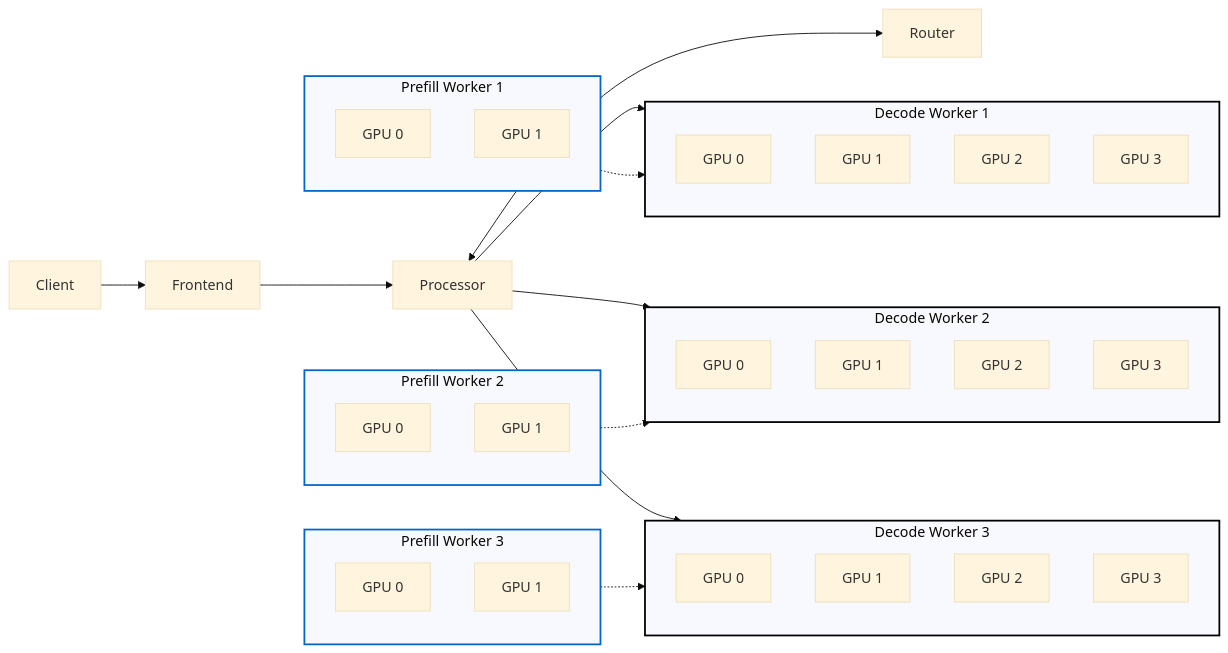
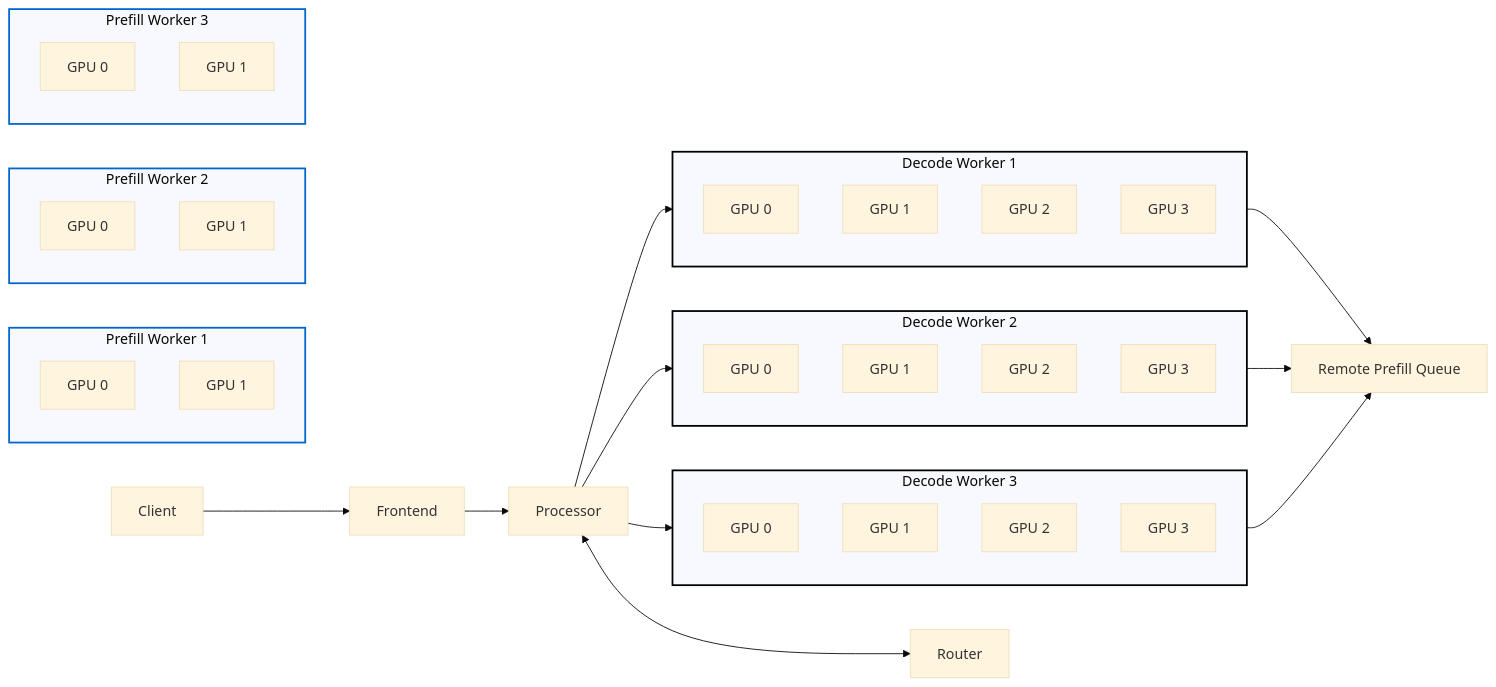
One commit to ai-dynamo/enhancements changed the diagram in deps/NNNN-fault-tolerance.md. Above: the diagram before and after it, drawn with Mermaid (base theme).

````diff
--- a/deps/NNNN-fault-tolerance.md
+++ b/deps/NNNN-fault-tolerance.md
@@ -237,71 +237,78 @@
 ```mermaid
 graph LR
     Client["Client"]
     Frontend["Frontend"]
     Router["Router"]
 	Processor["Processor"]
-	
+	PrefillQueue["Remote Prefill Queue"]
+
+
     Client --> Frontend
 	Frontend --> Processor
 	Processor <--> Router
+	
 	
     %% Multiple Prefill Workers (each with 2 GPUs)
    
 
     subgraph Prefill1["Prefill Worker 1"]
         direction TB
         P1GPU0["GPU 0"]
         P1GPU1["GPU 1"]
     end
     subgraph Prefill2["Prefill Worker 2"]
         direction TB
         P2GPU0["GPU 0"]
         P2GPU1["GPU 1"]
     end
     subgraph Prefill3["Prefill Worker 3"]
         direction TB
         P3GPU0["GPU 0"]
         P3GPU1["GPU 1"]
     end
 
     %% Multiple Decode Workers (each with 4 GPUs)
     Processor --> Decode1
     Processor --> Decode2
     Processor --> Decode3
 
     subgraph Decode1["Decode Worker 1"]
         direction TB
         D1GPU0["GPU 0"]
         D1GPU1["GPU 1"]
         D1GPU2["GPU 2"]
         D1GPU3["GPU 3"]
     end
     subgraph Decode2["Decode Worker 2"]
         direction TB
         D2GPU0["GPU 0"]
         D2GPU1["GPU 1"]
         D2GPU2["GPU 2"]
         D2GPU3["GPU 3"]
     end
     subgraph Decode3["Decode Worker 3"]
         direction TB
         D3GPU0["GPU 0"]
         D3GPU1["GPU 1"]
         D3GPU2["GPU 2"]
         D3GPU3["GPU 3"]
     end
 
+	Decode1 --> PrefillQueue
+    Decode2 --> PrefillQueue
+    Decode3 --> PrefillQueue
+
     %% Prefill and Decode workers can communicate (dashed lines)
-    Prefill1 -.-> Decode1
-    Prefill2 -.-> Decode2
-    Prefill3 -.-> Decode3
+    %% Prefill1 -.-> Decode1
+    %% Prefill2 -.-> Decode2
+    %% Prefill3 -.-> Decode3
 
     %% Optional: Style blocks for emphasis
     style Prefill1 stroke:#0066cc,stroke-width:2px
     style Prefill2 stroke:#0066cc,stroke-width:2px
     style Prefill3 stroke:#0066cc,stroke-width:2px
     style Decode1 stroke:#000,stroke-width:2px
     style Decode2 stroke:#000,stroke-width:2px
     style Decode3 stroke:#000,stroke-width:2px
 
 ```
````
